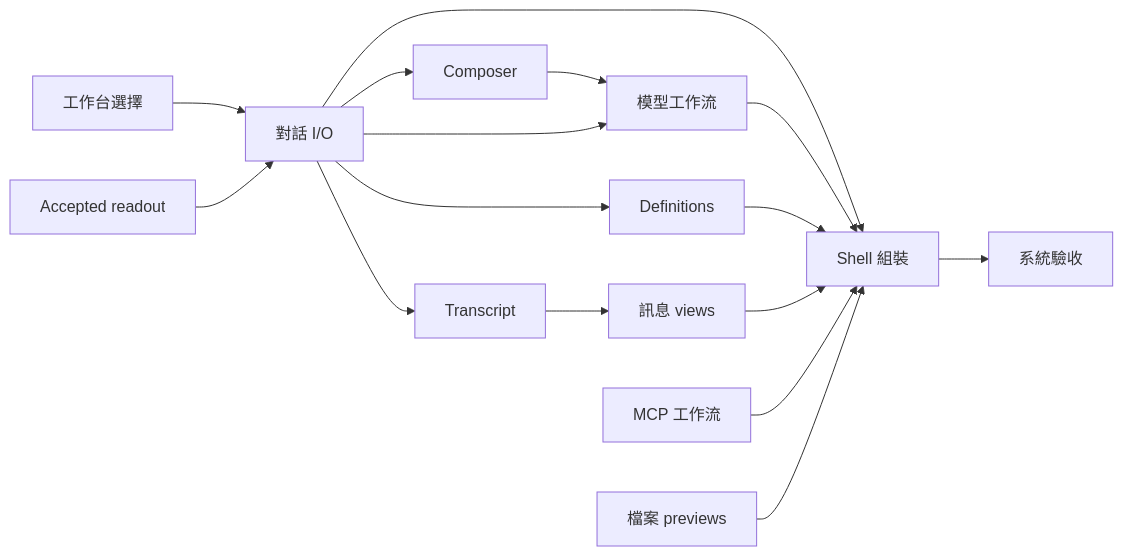
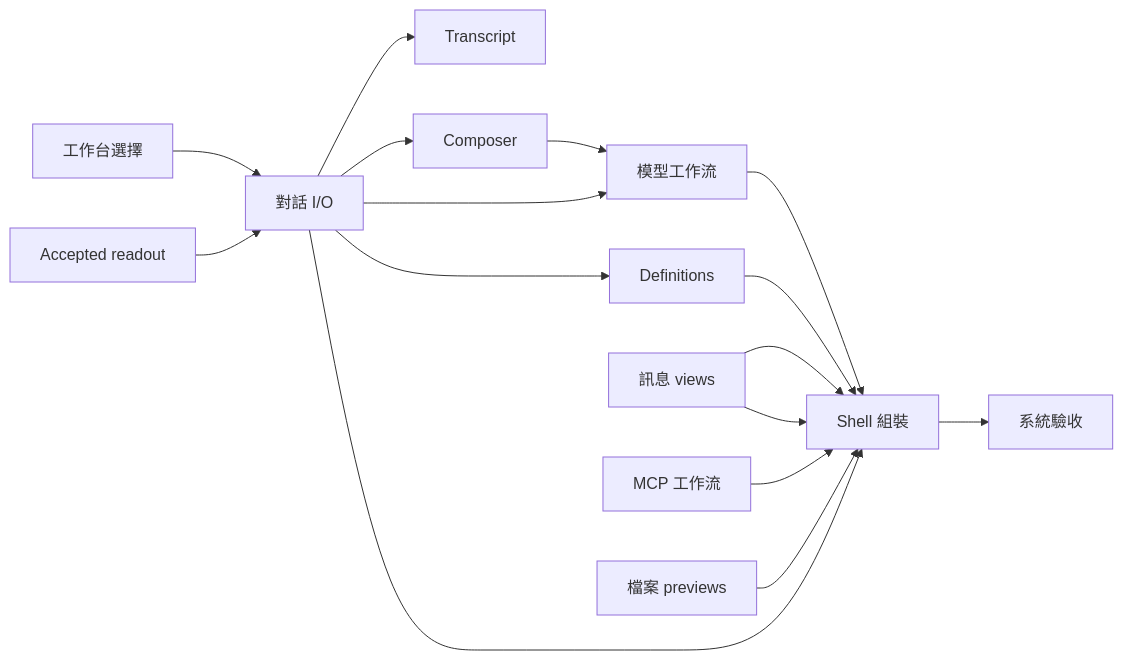
Before and after one commit to hheei/hepi-harness: the diagram in .scratch/ui-architecture-refactor/ticket-plan.md, drawn with Mermaid. The commit also changed other lines of this file and 1 other file, not shown here.

Commit message:
docs: allow message presentation work in parallel

````diff
--- a/.scratch/ui-architecture-refactor/ticket-plan.md
+++ b/.scratch/ui-architecture-refactor/ticket-plan.md
@@ -30,18 +30,18 @@
 ```mermaid
 flowchart LR
   A[工作台選擇] --> C[對話 I/O]
   B[Accepted readout] --> C
   C --> D[Transcript]
   C --> E[Composer]
   E --> F[模型工作流]
   C --> F
   C --> H[Definitions]
-  D --> I[訊息 views]
+  I[訊息 views] --> K
   C --> K[Shell 組裝]
   F --> K
   H --> K
   I --> K
   G[MCP 工作流] --> K
   J[檔案 previews] --> K
   K --> L[系統驗收]
 ```
````
